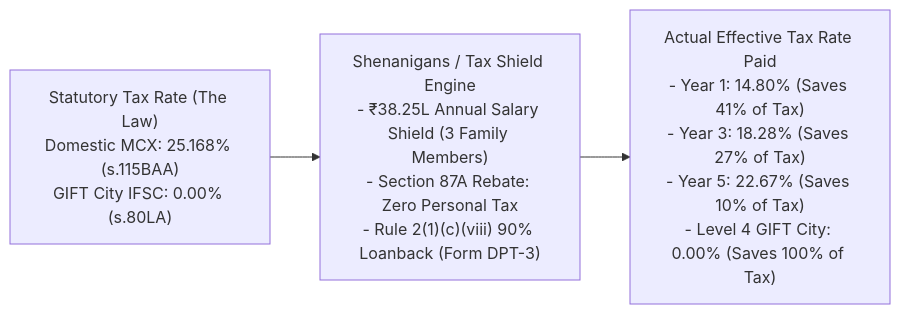
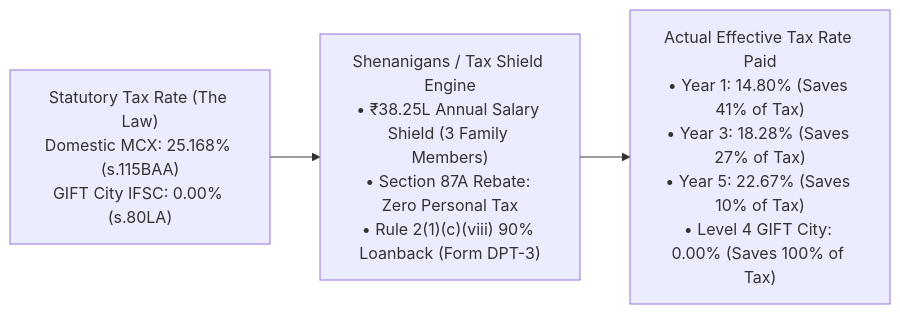
Before and after one commit to yieldchaser/mcx-margins: the seventh of 11 diagrams in models/execution_and_tax_validation_plan.md, drawn with Mermaid. The commit also changed other lines of this file and 2 other files, not shown here.

Commit message:
fix(docs): resolve Mermaid multiline rendering bugs and add 50% return profile across models

````diff
--- a/models/execution_and_tax_validation_plan.md
+++ b/models/execution_and_tax_validation_plan.md
@@ -291,15 +257,6 @@
 ```mermaid
 flowchart LR
-    Statutory["Statutory Tax Rate (The Law)
-Domestic MCX: 25.168% (s.115BAA)
-GIFT City IFSC: 0.00% (s.80LA)"]
-    --> Engine["Shenanigans / Tax Shield Engine
-- ₹38.25L Annual Salary Shield (3 Family Members)
-- Section 87A Rebate: Zero Personal Tax
-- Rule 2(1)(c)(viii) 90% Loanback (Form DPT-3)"]
-    --> Effective["Actual Effective Tax Rate Paid
-- Year 1: 14.80% (Saves 41% of Tax)
-- Year 3: 18.28% (Saves 27% of Tax)
-- Year 5: 22.67% (Saves 10% of Tax)
-- Level 4 GIFT City: 0.00% (Saves 100% of Tax)"]
+    Statutory["Statutory Tax Rate (The Law)<br/>Domestic MCX: 25.168% (s.115BAA)<br/>GIFT City IFSC: 0.00% (s.80LA)"]
+    --> Engine["Shenanigans / Tax Shield Engine<br/>• ₹38.25L Annual Salary Shield (3 Family Members)<br/>• Section 87A Rebate: Zero Personal Tax<br/>• Rule 2(1)(c)(viii) 90% Loanback (Form DPT-3)"]
+    --> Effective["Actual Effective Tax Rate Paid<br/>• Year 1: 14.80% (Saves 41% of Tax)<br/>• Year 3: 18.28% (Saves 27% of Tax)<br/>• Year 5: 22.67% (Saves 10% of Tax)<br/>• Level 4 GIFT City: 0.00% (Saves 100% of Tax)"]
 ```
````
